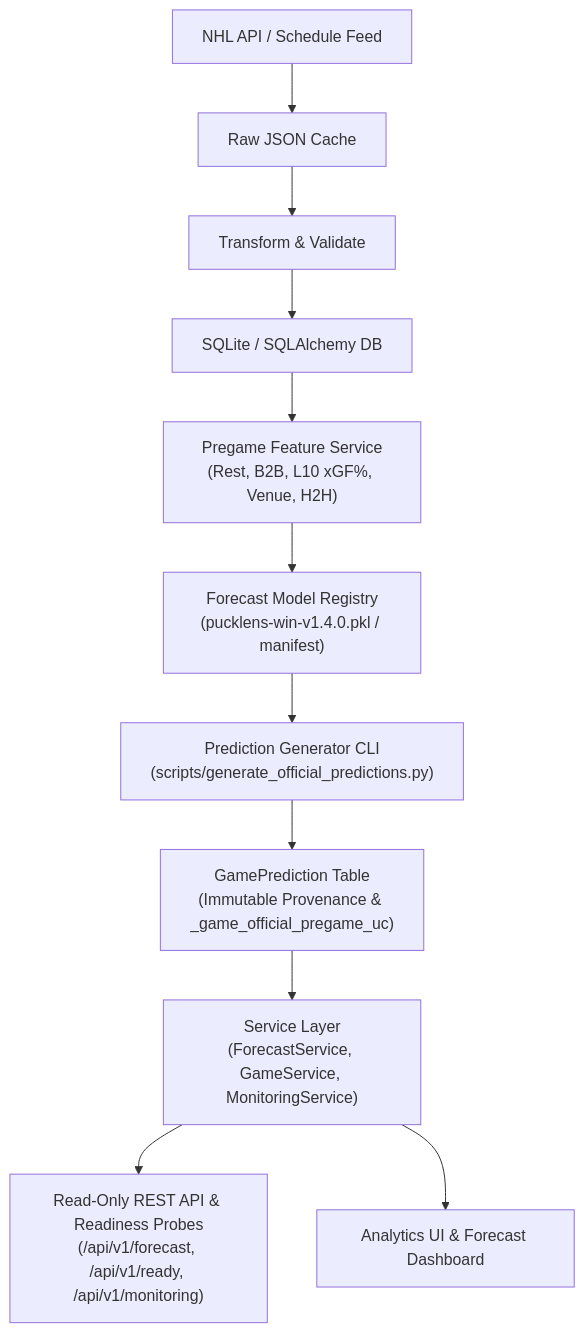
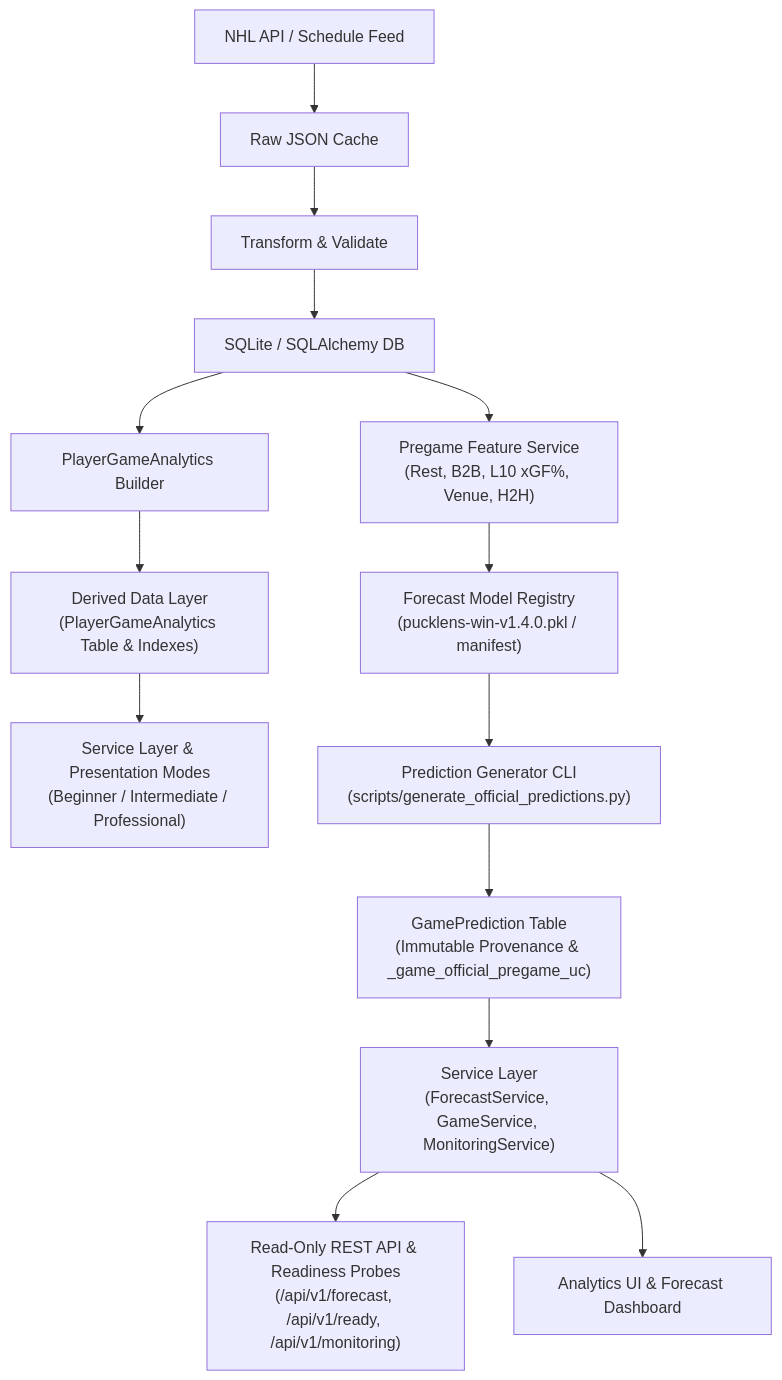
Before and after one commit to david-turnbull/Hockey-game-analyzer: the diagram in README.md, drawn with Mermaid. The commit also changed other lines of this file and 11 other files, not shown here.

````diff
--- a/README.md
+++ b/README.md
@@ -35,13 +40,16 @@
 ```mermaid
 flowchart TD
     A[NHL API / Schedule Feed] --> B[Raw JSON Cache]
     B --> C[Transform & Validate]
     C --> D[SQLite / SQLAlchemy DB]
-    D --> E["Pregame Feature Service<br/>(Rest, B2B, L10 xGF%, Venue, H2H)"]
-    E --> F["Forecast Model Registry<br/>(pucklens-win-v1.4.0.pkl / manifest)"]
-    F --> G["Prediction Generator CLI<br/>(scripts/generate_official_predictions.py)"]
-    G --> H["GamePrediction Table<br/>(Immutable Provenance & _game_official_pregame_uc)"]
-    H --> I["Service Layer<br/>(ForecastService, GameService, MonitoringService)"]
-    I --> J["Read-Only REST API & Readiness Probes<br/>(/api/v1/forecast, /api/v1/ready, /api/v1/monitoring)"]
-    I --> K[Analytics UI & Forecast Dashboard]
+    D --> E[PlayerGameAnalytics Builder]
+    E --> F["Derived Data Layer<br/>(PlayerGameAnalytics Table & Indexes)"]
+    F --> G["Service Layer & Presentation Modes<br/>(Beginner / Intermediate / Professional)"]
+    D --> H["Pregame Feature Service<br/>(Rest, B2B, L10 xGF%, Venue, H2H)"]
+    H --> I["Forecast Model Registry<br/>(pucklens-win-v1.4.0.pkl / manifest)"]
+    I --> J["Prediction Generator CLI<br/>(scripts/generate_official_predictions.py)"]
+    J --> K["GamePrediction Table<br/>(Immutable Provenance & _game_official_pregame_uc)"]
+    K --> L["Service Layer<br/>(ForecastService, GameService, MonitoringService)"]
+    L --> M["Read-Only REST API & Readiness Probes<br/>(/api/v1/forecast, /api/v1/ready, /api/v1/monitoring)"]
+    L --> N[Analytics UI & Forecast Dashboard]
 ```
````
